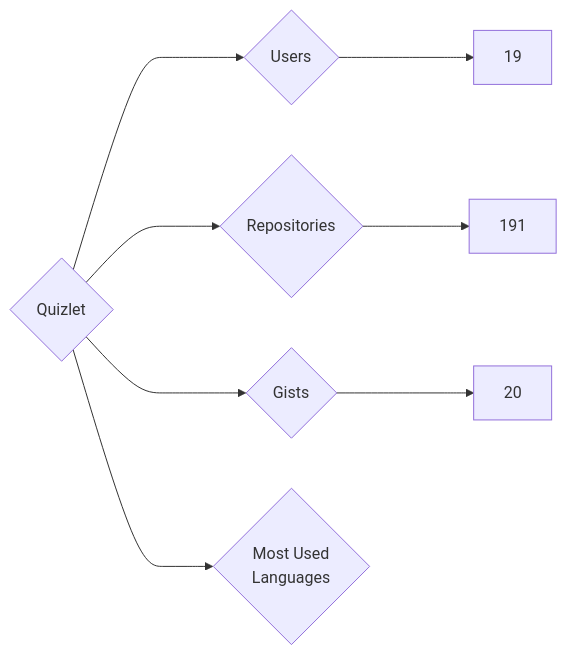
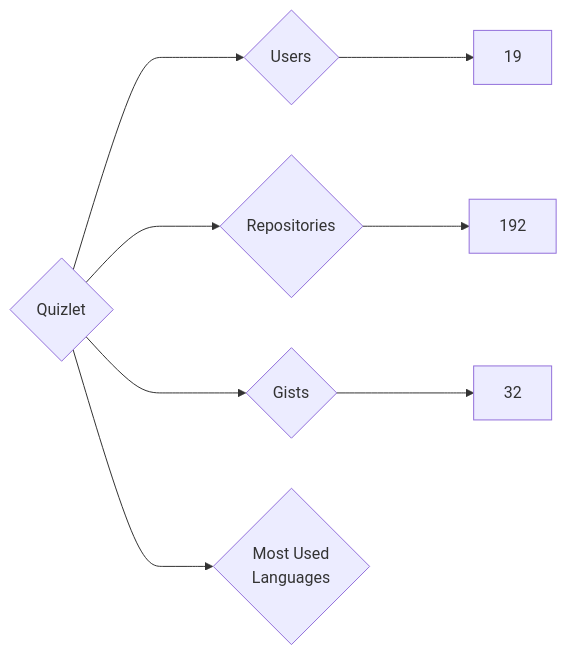
Before and after one commit to nenadzaric/insiders: the diagram in targets/Quizlet/README.md, drawn with Mermaid. The commit also changed 1342 other files, not shown here.

````diff
--- a/targets/Quizlet/README.md
+++ b/targets/Quizlet/README.md
@@ -3,8 +3,8 @@
 ```mermaid
 graph LR
 COMPANY_NAME{Quizlet}
 COMPANY_NAME ---> U{Users} ---> UN[19]
-COMPANY_NAME ---> R{Repositories} ---> RN[191]
-COMPANY_NAME ---> G{Gists} ---> GN[20]
+COMPANY_NAME ---> R{Repositories} ---> RN[192]
+COMPANY_NAME ---> G{Gists} ---> GN[32]
 COMPANY_NAME ---> ML{Most Used<br>Languages}
 ```
````
